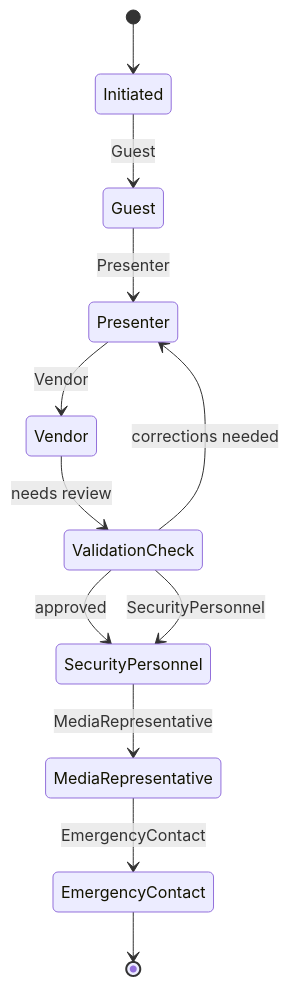
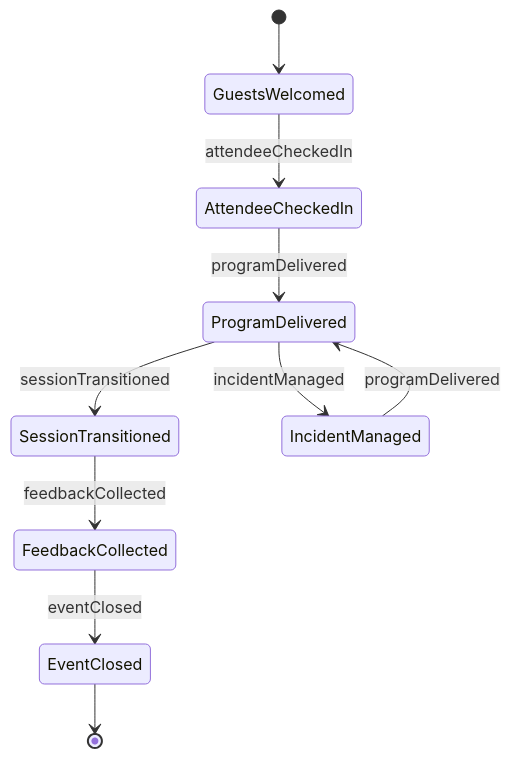
One commit to dot-org-ai/tasks.org.ai changed the second of 4 diagrams in GuidingDirectingAndMotivatingSubordinates/CoordinateGroupCommunityOrPublicActivities/HostEvents.mdx. Above: the diagram before and after it, drawn with Mermaid. The commit also changed other lines of this file and 515 other files, not shown here.

````diff
--- a/GuidingDirectingAndMotivatingSubordinates/CoordinateGroupCommunityOrPublicActivities/HostEvents.mdx
+++ b/GuidingDirectingAndMotivatingSubordinates/CoordinateGroupCommunityOrPublicActivities/HostEvents.mdx
@@ -108,14 +103,12 @@
 ```mermaid
 stateDiagram-v2
-    [*] --> Initiated
-    Initiated --> Guest: Guest
-    Guest --> Presenter: Presenter
-    Presenter --> Vendor: Vendor
-    Vendor --> ValidationCheck: needs review
-    ValidationCheck --> Presenter: corrections needed
-    ValidationCheck --> SecurityPersonnel: approved
-    ValidationCheck --> SecurityPersonnel: SecurityPersonnel
-    SecurityPersonnel --> MediaRepresentative: MediaRepresentative
-    MediaRepresentative --> EmergencyContact: EmergencyContact
-    EmergencyContact --> [*]
+    [*] --> GuestsWelcomed
+    GuestsWelcomed --> AttendeeCheckedIn : attendeeCheckedIn
+    AttendeeCheckedIn --> ProgramDelivered : programDelivered
+    ProgramDelivered --> SessionTransitioned : sessionTransitioned
+    SessionTransitioned --> FeedbackCollected : feedbackCollected
+    FeedbackCollected --> EventClosed : eventClosed
+    ProgramDelivered --> IncidentManaged : incidentManaged
+    IncidentManaged --> ProgramDelivered : programDelivered
+    EventClosed --> [*]
 ```
````
